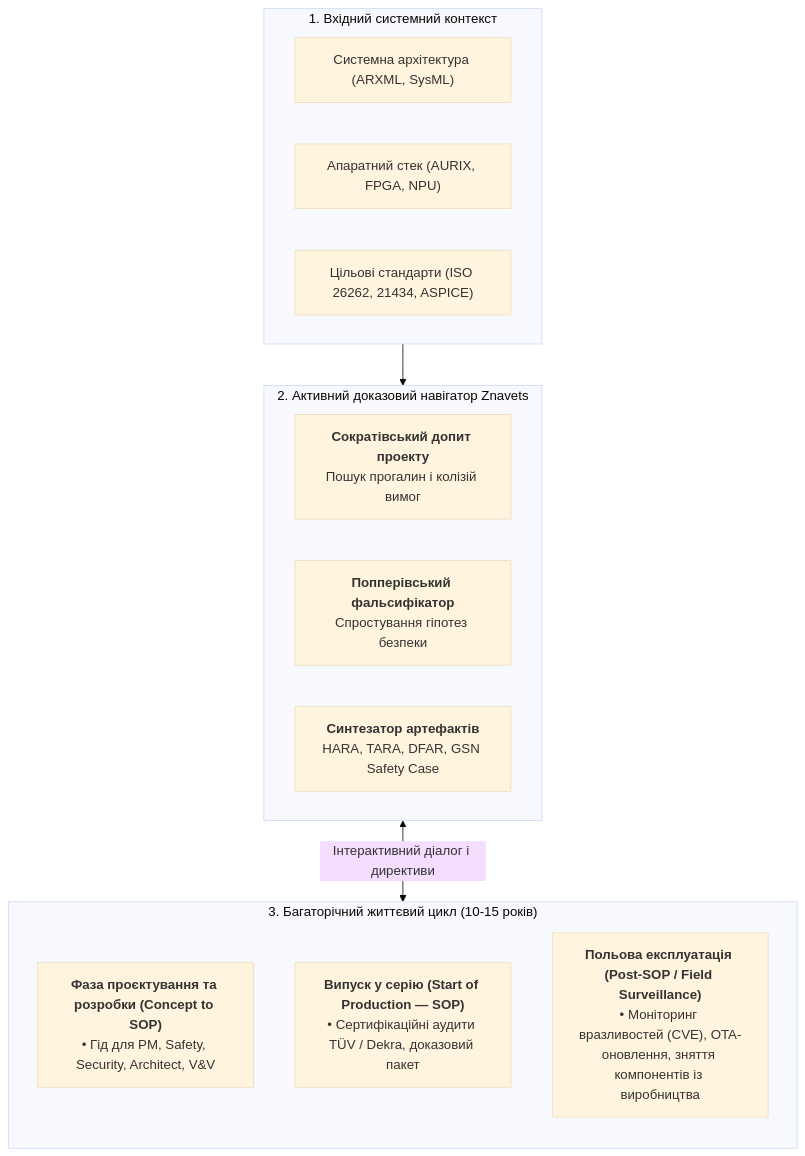
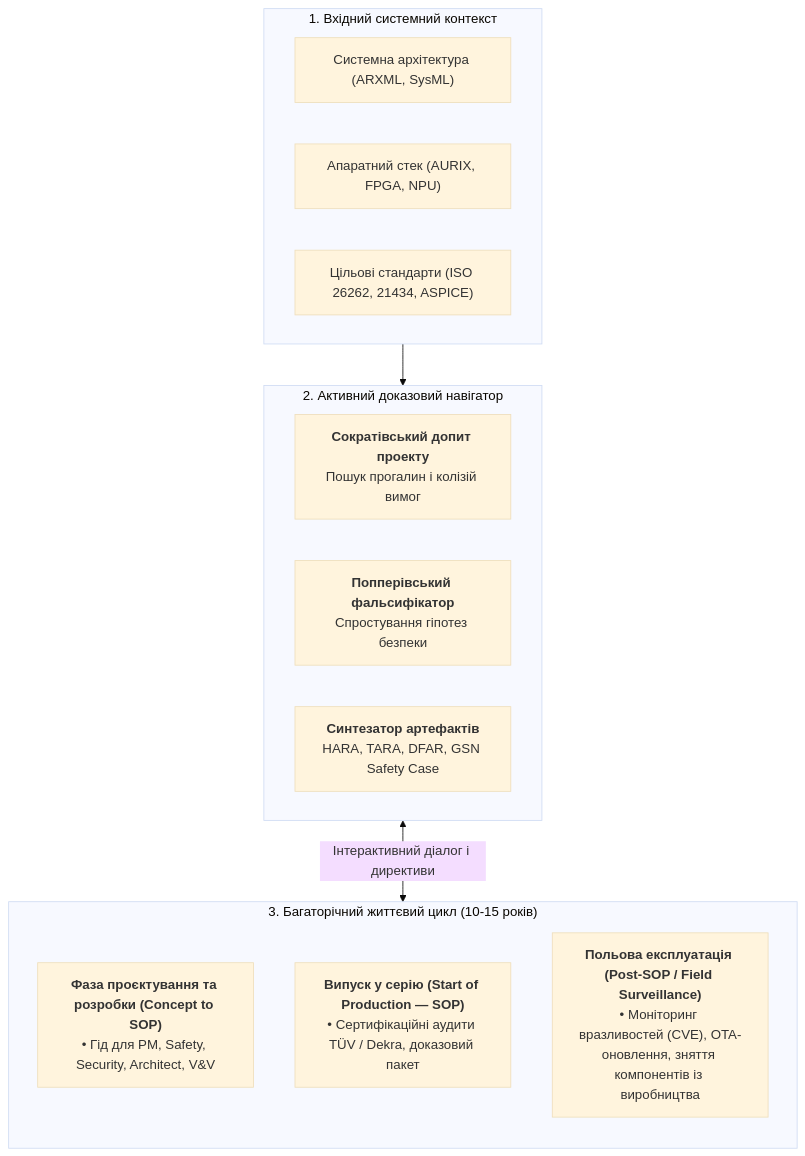
The first of 3 diagrams in ExpertSystem/ch39-active-compliance-auditor-and-popperian-testing.md (nick-fedchik/articles), drawn with Mermaid (base theme) before and after one commit. The commit also changed other lines of this file and 32 other files, not shown here.

Commit message:
fix(epistemic): eliminate Znavets brand references from Pro et Contra and architectures across all chapters (UA, EN, DE)

````diff
--- a/ExpertSystem/ch39-active-compliance-auditor-and-popperian-testing.md
+++ b/ExpertSystem/ch39-active-compliance-auditor-and-popperian-testing.md
@@ -79,27 +79,27 @@
 ```mermaid
 flowchart TD
     accTitle: Інтерактивний супровід життєвого циклу продукту активним аудитором
     accDescr: Експертна система як навігатор інженерної команди від концепції до довготривалої польової експлуатації.
 
     subgraph INPUTS["1. Вхідний системний контекст"]
         SYS_ARCH["Системна архітектура (ARXML, SysML)"]
         HW_STACK["Апаратний стек (AURIX, FPGA, NPU)"]
         STANDARDS["Цільові стандарти (ISO 26262, 21434, ASPICE)"]
     end
 
-    subgraph ENGINE["2. Активний доказовий навігатор Znavets"]
+    subgraph ENGINE["2. Активний доказовий навігатор"]
         SOCRATIC["<b>Сократівський допит проекту</b><br/>Пошук прогалин і колізій вимог"]
         POPPER_CORE["<b>Попперівський фальсифікатор</b><br/>Спростування гіпотез безпеки"]
         SYNTH_DOC["<b>Синтезатор артефактів</b><br/>HARA, TARA, DFAR, GSN Safety Case"]
     end
 
     subgraph LIFECYCLE["3. Багаторічний життєвий цикл (10-15 років)"]
         direction TB
         DEV["<b>Фаза проєктування та розробки (Concept to SOP)</b><br/>• Гід для PM, Safety, Security, Architect, V&V"]
         SOP["<b>Випуск у серію (Start of Production — SOP)</b><br/>• Сертифікаційні аудити TÜV / Dekra, доказовий пакет"]
         POST_SOP["<b>Польова експлуатація (Post-SOP / Field Surveillance)</b><br/>• Моніторинг вразливостей (CVE), OTA-оновлення, зняття компонентів із виробництва"]
     end
 
     INPUTS --> ENGINE
     ENGINE <-->|"Інтерактивний діалог і директиви"| LIFECYCLE
 ```
````
